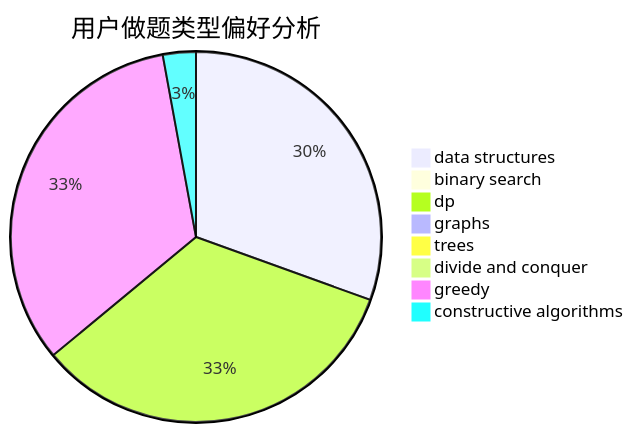
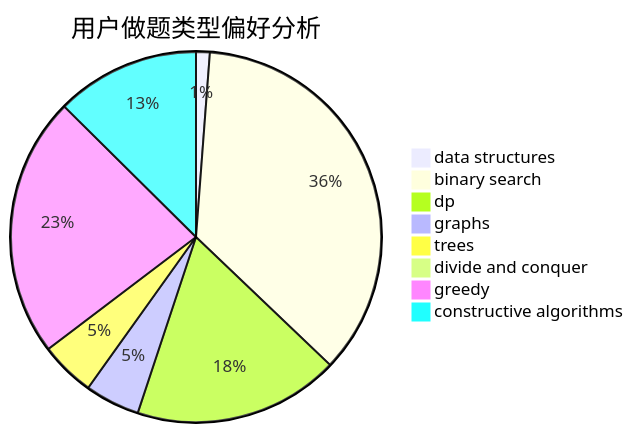
The second of 3 diagrams in docs/user/u2136.md (sherpahu/cfrs.github.io), drawn with Mermaid before and after one commit. The commit also changed other lines of this file and 2770 other files, not shown here.

````diff
--- a/docs/user/u2136.md
+++ b/docs/user/u2136.md
@@ -23,11 +23,11 @@
 ```mermaid
 pie title 用户做题类型偏好分析
-    "data structures" :  339
-    "binary search" :  11
-    "dp" :  372
-    "graphs" :  3
-    "trees" :  0
+    "data structures" :  2
+    "binary search" :  60
+    "dp" :  30
+    "graphs" :  8
+    "trees" :  8
     "divide and conquer" :  0
-    "greedy" :  368
-    "constructive algorithms" :  32
+    "greedy" :  38
+    "constructive algorithms" :  21
 ```
````
